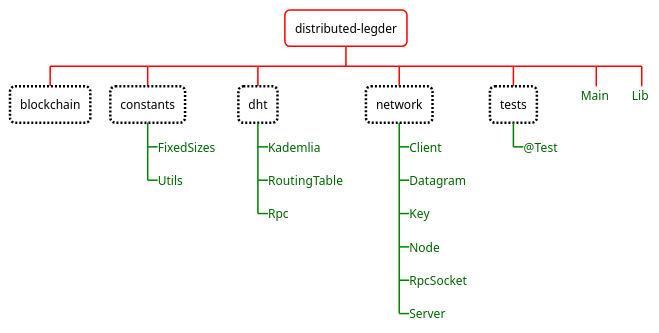
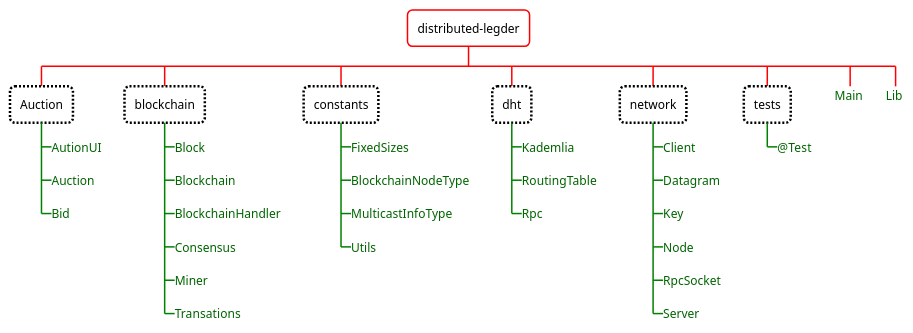
Before and after one commit to GoliathHagar/distributed_legder_kademlia: the first of 2 diagrams in docs/distributed-legder-overview.md, drawn with PlantUML. The commit also changed other lines of this file and 11 other files, not shown here.

````diff
--- a/docs/distributed-legder-overview.md
+++ b/docs/distributed-legder-overview.md
@@ -10,68 +11,80 @@
 ```puml
 
 @startwbs
 
 <style>
 wbsDiagram {
   // all lines (meaning connector and borders, there are no other lines in WBS) are black by default
   Linecolor black
   arrow {
     // note that connector are actually "arrow" even if they don't look like as arrow
     // This is to be consistent with other UML diagrams. Not 100% sure that it's a good idea
     // So now connector are green
     LineColor green
   }
   :depth(0) {
       // will target root node
       BackgroundColor White
       RoundCorner 10
       LineColor red
       // Because we are targetting depth(0) for everything, border and connector for level 0 will be red
   }
   arrow {
     :depth(2) {
       // Targetting only connector between Mexico-Chihuahua and USA-Texas
       LineColor blue
       LineStyle 4
       LineThickness .5
     }
   }
   node {
     :depth(1) {
    
       RoundCorner 10
       LineStyle 2
       LineThickness 2.5
       BackgroundColor White
     }
   }
   boxless {
     // will target boxless node with '_'
     FontColor darkgreen
   }  
 }
 </style>
 
 + distributed-legder
+++ Auction
++++_ AutionUI
++++_ Auction
++++_ Bid
 ++ blockchain
++++_ Block
++++_ Blockchain
++++_ BlockchainHandler
++++_ Consensus
++++_ Miner
++++_ Transations
 ++ constants
 +++_ FixedSizes
++++_ BlockchainNodeType
++++_ MulticastInfoType
 +++_ Utils
 ++  dht
 +++_ Kademlia
 +++_ RoutingTable
 +++_ Rpc
 ++  network
 +++_ Client
 +++_ Datagram
 +++_ Key
 +++_ Node
 +++_ RpcSocket
 +++_ Server
 ++  tests
 +++_ @Test
 ++_ Main
 ++_ Lib
 @endwbs
 
 ```
````
